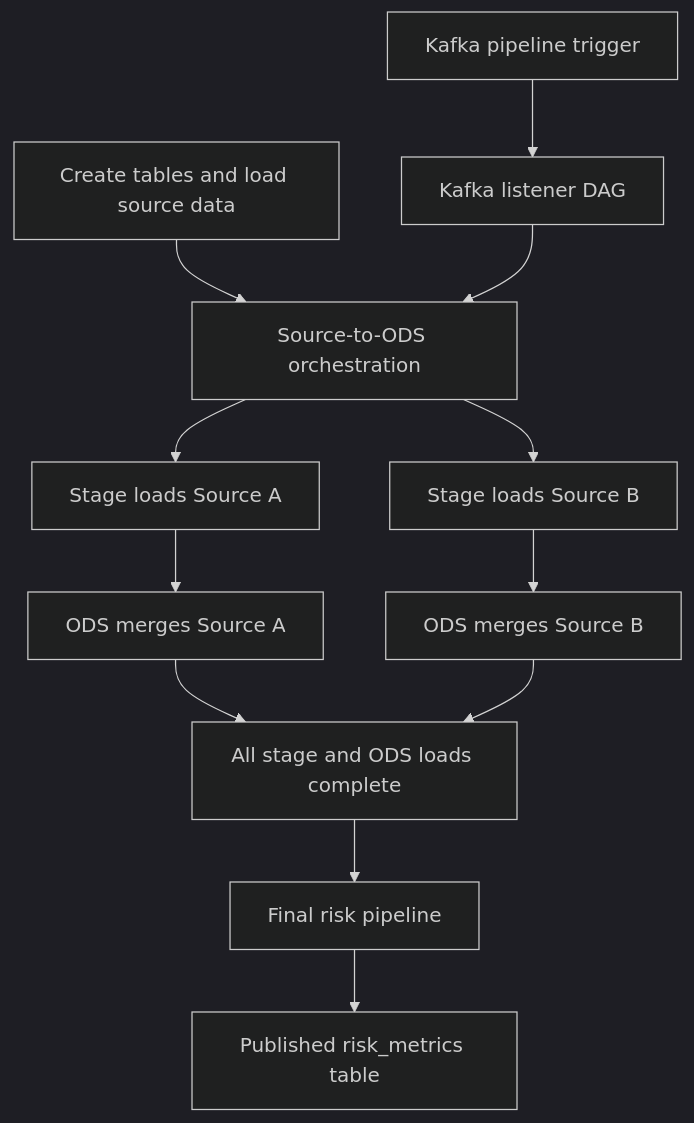
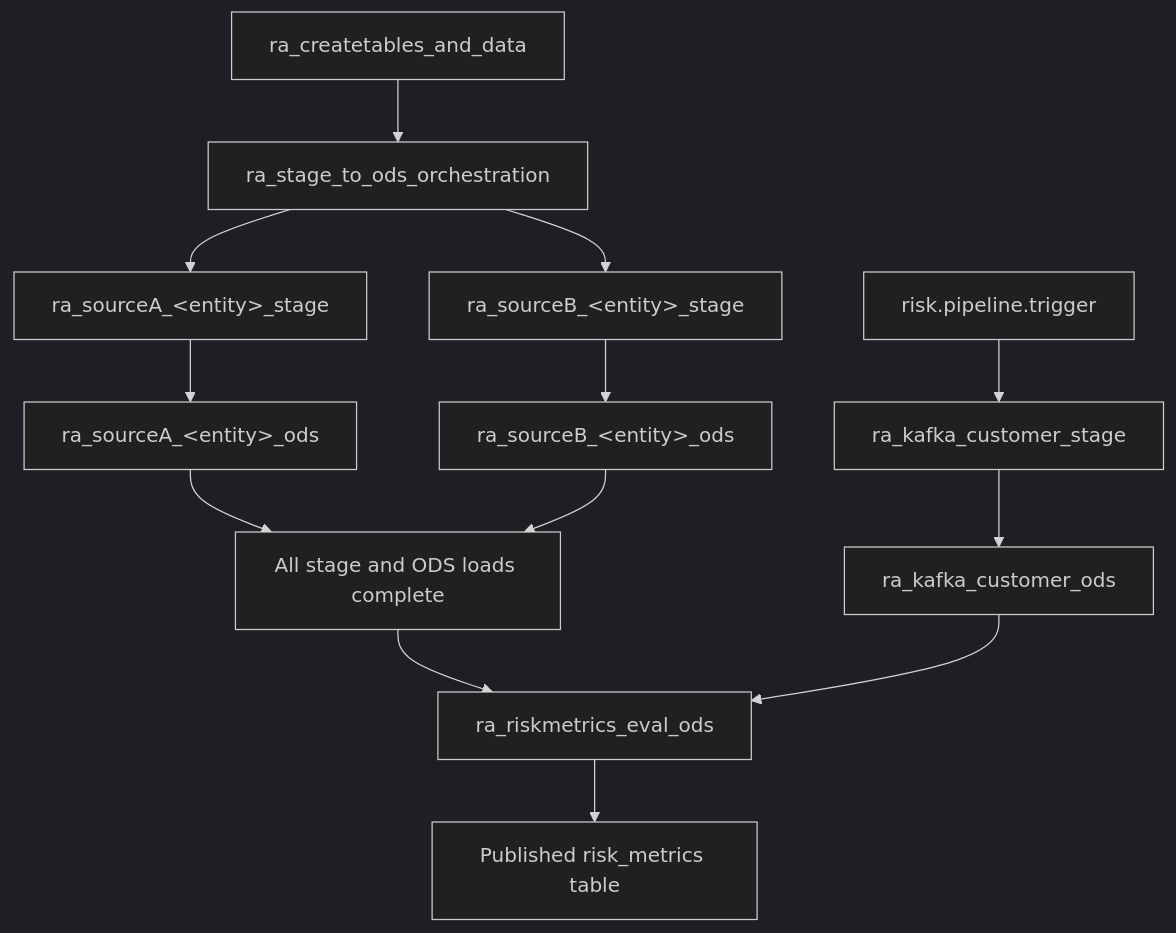
One commit to sankarasub/riskanalytics_df changed the first of 2 diagrams in docs/platform-interfaces-and-operations.md. Above: the diagram before and after it, drawn with Mermaid (dark theme). The commit also changed other lines of this file and 46 other files, not shown here.

First line of the commit message:
Refactor Airflow into ra_* STAGE/ODS namespaces and fix platform dependencies

````diff
--- a/docs/platform-interfaces-and-operations.md
+++ b/docs/platform-interfaces-and-operations.md
@@ -209,13 +229,15 @@
 ```mermaid
 flowchart TD
-  bootstrap[Create tables and load source data] --> fanout[Source-to-ODS orchestration]
-  fanout --> stageA[Stage loads Source A]
-  fanout --> stageB[Stage loads Source B]
-  stageA --> odsA[ODS merges Source A]
-  stageB --> odsB[ODS merges Source B]
+  bootstrap[ra_createtables_and_data] --> fanout[ra_stage_to_ods_orchestration]
+  fanout --> stageA["ra_sourceA_&lt;entity&gt;_stage"]
+  fanout --> stageB["ra_sourceB_&lt;entity&gt;_stage"]
+  stageA --> odsA["ra_sourceA_&lt;entity&gt;_ods"]
+  stageB --> odsB["ra_sourceB_&lt;entity&gt;_ods"]
   odsA --> join[All stage and ODS loads complete]
   odsB --> join
-  join --> risk[Final risk pipeline]
-  kafka[Kafka pipeline trigger] --> listener[Kafka listener DAG] --> fanout
+  join --> risk[ra_riskmetrics_eval_ods]
+  kafka[risk.pipeline.trigger] --> kstage[ra_kafka_customer_stage]
+  kstage --> kods[ra_kafka_customer_ods]
+  kods --> risk
   risk --> metrics[Published risk_metrics table]
 ```
````
